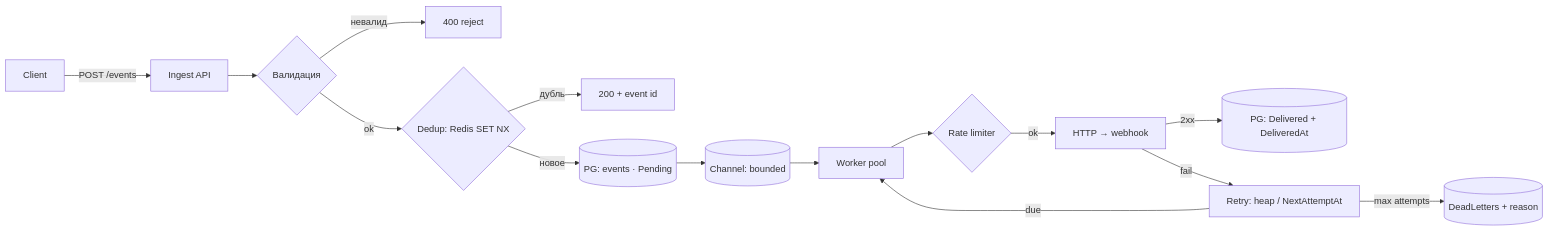
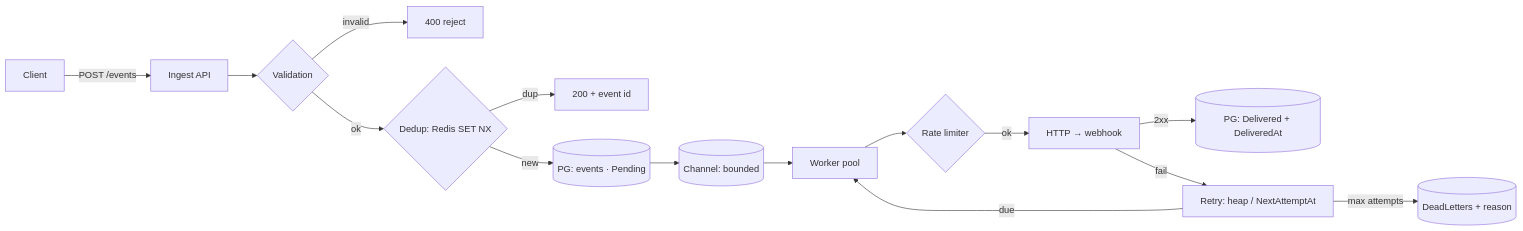
Before and after one commit to ezpectus/webhook-engine: the diagram in PLAN.md, drawn with Mermaid. The commit also changed other lines of this file and 15 other files, not shown here.

````diff
--- a/PLAN.md
+++ b/PLAN.md
@@ -7,17 +7,17 @@
 ```mermaid
 flowchart LR
     C[Client] -->|POST /events| A[Ingest API]
-    A --> V{Валидация}
-    V -->|невалид| R4[400 reject]
+    A --> V{Validation}
+    V -->|invalid| R4[400 reject]
     V -->|ok| D{Dedup: Redis SET NX}
-    D -->|дубль| R2[200 + event id]
-    D -->|новое| DB[(PG: events · Pending)]
+    D -->|dup| R2[200 + event id]
+    D -->|new| DB[(PG: events · Pending)]
     DB --> Q[(Channel: bounded)]
     Q --> W[Worker pool]
     W --> RL{Rate limiter}
     RL -->|ok| S[HTTP → webhook]
     S -->|2xx| ACK[(PG: Delivered + DeliveredAt)]
     S -->|fail| H[Retry: heap / NextAttemptAt]
     H -->|due| W
     H -->|max attempts| DLQ[(DeadLetters + reason)]
 ```
````
